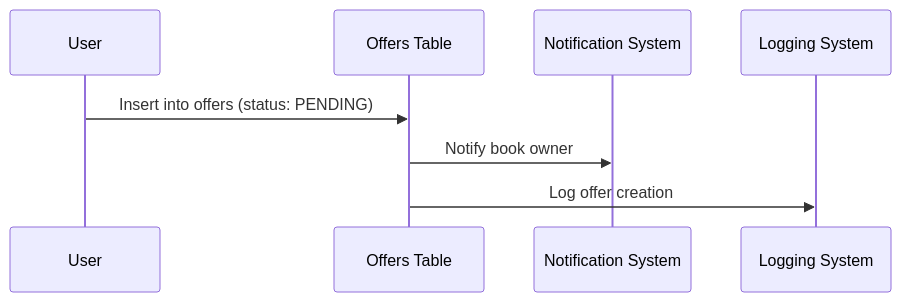
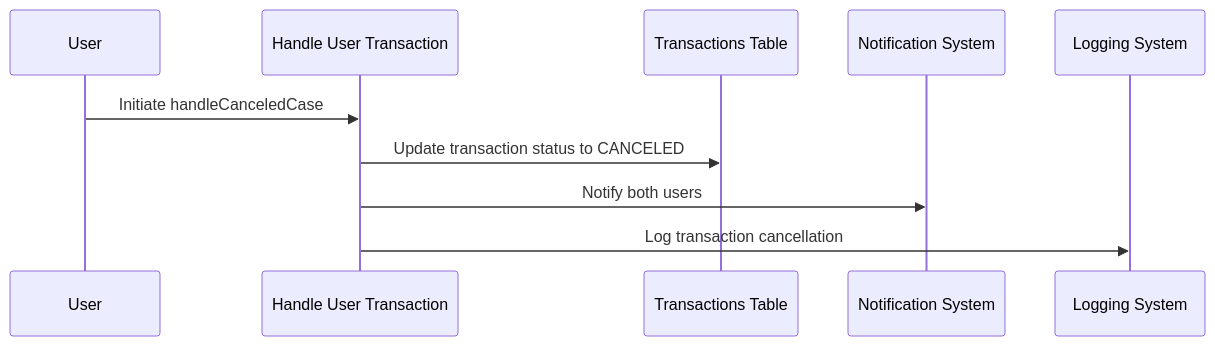
The second of 11 diagrams in documents/Exchange.flow.md (Loknong/book-exchange), drawn with Mermaid before and after one commit. The commit also changed other lines of this file, not shown here.

````diff
--- a/documents/Exchange.flow.md
+++ b/documents/Exchange.flow.md
@@ -112,11 +112,13 @@
 ```mermaid
 sequenceDiagram
     participant User
-    participant OffersTable as Offers Table
+    participant HandleUserTransaction as Handle User Transaction
+    participant TransactionsTable as Transactions Table
     participant NotificationSystem as Notification System
     participant LoggingSystem as Logging System
 
-    User->>OffersTable: Insert into offers (status: PENDING)
-    OffersTable->>NotificationSystem: Notify book owner
-    OffersTable->>LoggingSystem: Log offer creation
+    User->>HandleUserTransaction: Initiate handleCanceledCase
+    HandleUserTransaction->>TransactionsTable: Update transaction status to CANCELED
+    HandleUserTransaction->>NotificationSystem: Notify both users
+    HandleUserTransaction->>LoggingSystem: Log transaction cancellation
 ```
````
